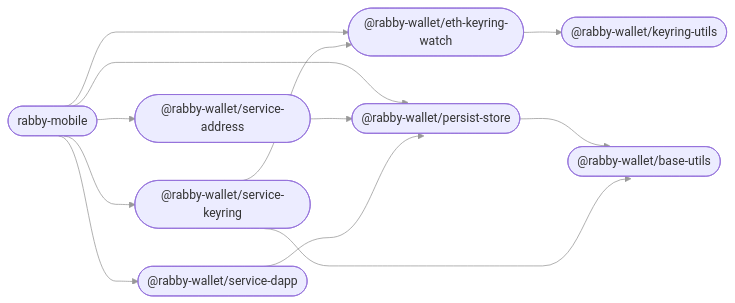
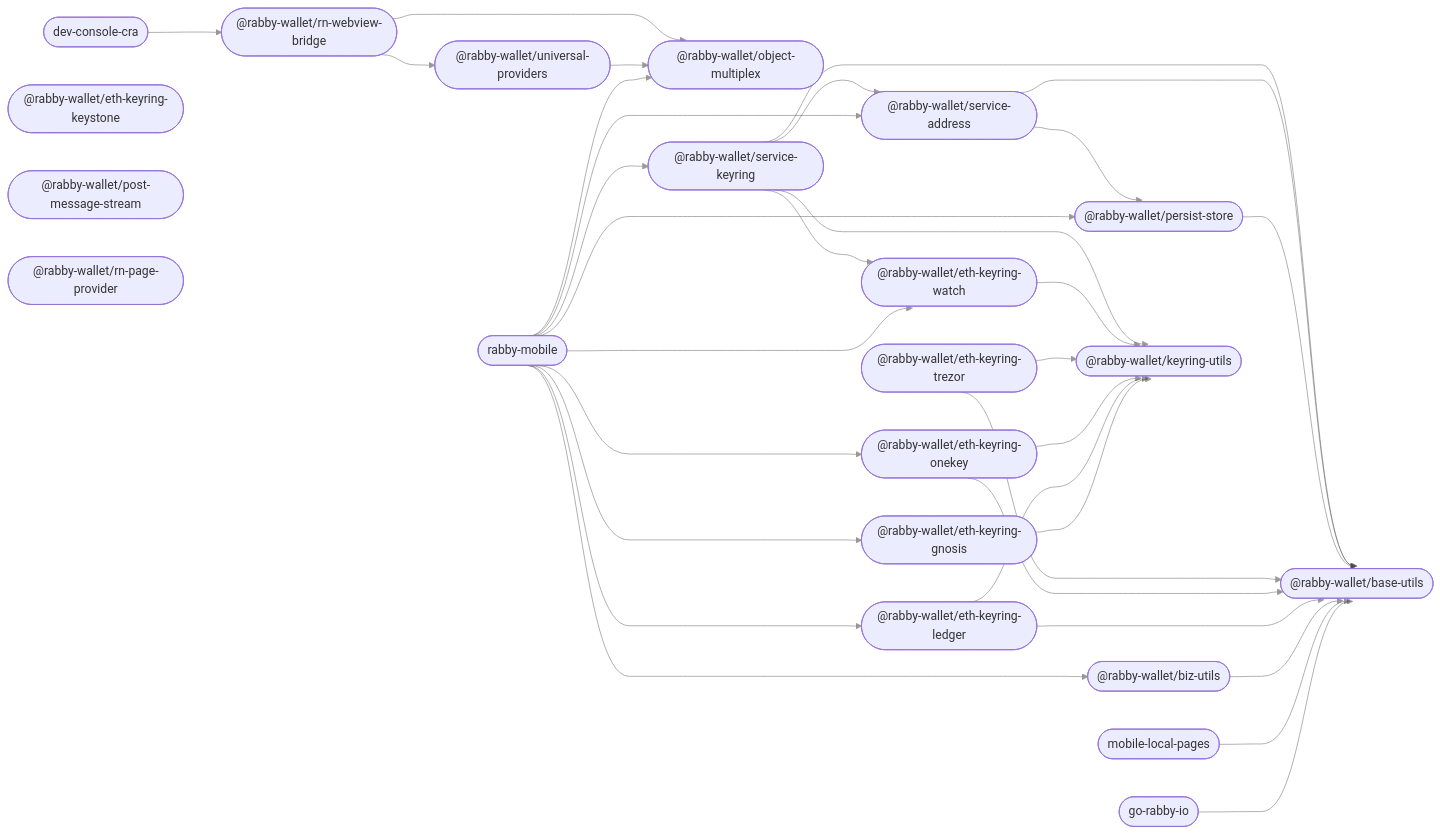
The diagram in README.md (RabbyHub/rabby-mobile), drawn with Mermaid before and after one commit. The commit also changed other lines of this file and 23 other files, not shown here.

````diff
--- a/README.md
+++ b/README.md
@@ -26,24 +39,57 @@
 ```mermaid
 %%{ init: { 'flowchart': { 'curve': 'bumpX' } } }%%
 graph LR;
 linkStyle default opacity:0.5
+  dev_console_cra(["dev-console-cra"]);
+  go_rabby_io(["go-rabby-io"]);
   rabby_mobile(["rabby-mobile"]);
+  mobile_local_pages(["mobile-local-pages"]);
   base_utils(["@rabby-wallet/base-utils"]);
+  biz_utils(["@rabby-wallet/biz-utils"]);
+  eth_keyring_gnosis(["@rabby-wallet/eth-keyring-gnosis"]);
+  eth_keyring_keystone(["@rabby-wallet/eth-keyring-keystone"]);
+  eth_keyring_ledger(["@rabby-wallet/eth-keyring-ledger"]);
+  eth_keyring_onekey(["@rabby-wallet/eth-keyring-onekey"]);
+  eth_keyring_trezor(["@rabby-wallet/eth-keyring-trezor"]);
   eth_keyring_watch(["@rabby-wallet/eth-keyring-watch"]);
   keyring_utils(["@rabby-wallet/keyring-utils"]);
+  object_multiplex(["@rabby-wallet/object-multiplex"]);
   persist_store(["@rabby-wallet/persist-store"]);
+  post_message_stream(["@rabby-wallet/post-message-stream"]);
+  universal_providers(["@rabby-wallet/universal-providers"]);
+  rn_page_provider(["@rabby-wallet/rn-page-provider"]);
+  rn_webview_bridge(["@rabby-wallet/rn-webview-bridge"]);
   service_address(["@rabby-wallet/service-address"]);
-  service_dapp(["@rabby-wallet/service-dapp"]);
   service_keyring(["@rabby-wallet/service-keyring"]);
+  dev_console_cra --> rn_webview_bridge;
+  go_rabby_io --> base_utils;
+  rabby_mobile --> biz_utils;
+  rabby_mobile --> eth_keyring_gnosis;
+  rabby_mobile --> eth_keyring_ledger;
+  rabby_mobile --> eth_keyring_onekey;
   rabby_mobile --> eth_keyring_watch;
+  rabby_mobile --> object_multiplex;
   rabby_mobile --> persist_store;
   rabby_mobile --> service_address;
-  rabby_mobile --> service_dapp;
   rabby_mobile --> service_keyring;
+  mobile_local_pages --> base_utils;
+  biz_utils --> base_utils;
+  eth_keyring_gnosis --> keyring_utils;
+  eth_keyring_ledger --> base_utils;
+  eth_keyring_ledger --> keyring_utils;
+  eth_keyring_onekey --> base_utils;
+  eth_keyring_onekey --> keyring_utils;
+  eth_keyring_trezor --> base_utils;
+  eth_keyring_trezor --> keyring_utils;
   eth_keyring_watch --> keyring_utils;
   persist_store --> base_utils;
+  universal_providers --> object_multiplex;
+  rn_webview_bridge --> object_multiplex;
+  rn_webview_bridge --> universal_providers;
+  service_address --> base_utils;
   service_address --> persist_store;
-  service_dapp --> persist_store;
   service_keyring --> base_utils;
   service_keyring --> eth_keyring_watch;
+  service_keyring --> keyring_utils;
+  service_keyring --> service_address;
 ```
````
